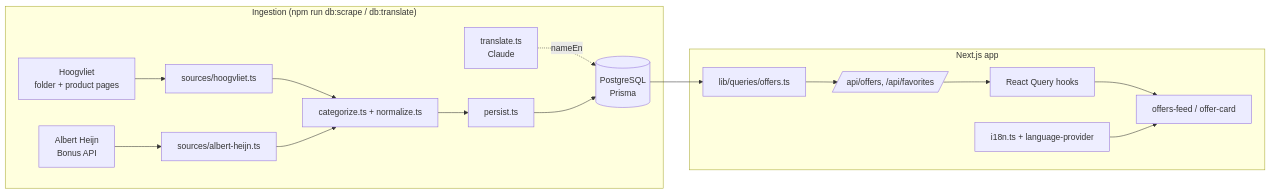
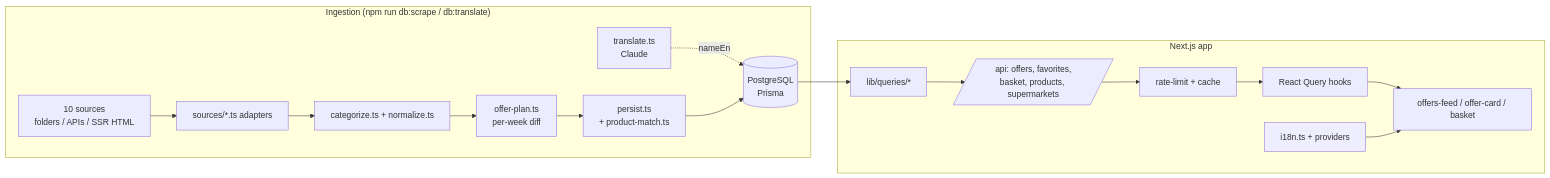
One commit to milskuh/Bonusfinder changed the diagram in PROJECT.md. Above: the diagram before and after it, drawn with Mermaid. The commit also changed other lines of this file and 13 other files, not shown here.

````diff
--- a/PROJECT.md
+++ b/PROJECT.md
@@ -91,20 +108,20 @@
 ```mermaid
 flowchart LR
   subgraph Ingestion["Ingestion (npm run db:scrape / db:translate)"]
-    HV[Hoogvliet\nfolder + product pages] --> ADP1[sources/hoogvliet.ts]
-    AH[Albert Heijn\nBonus API] --> ADP2[sources/albert-heijn.ts]
-    ADP1 --> NORM[categorize.ts + normalize.ts]
-    ADP2 --> NORM
-    NORM --> PERSIST[persist.ts]
+    SRC[10 sources\nfolders / APIs / SSR HTML] --> ADP[sources/*.ts adapters]
+    ADP --> NORM[categorize.ts + normalize.ts]
+    NORM --> PLAN[offer-plan.ts\nper-week diff]
+    PLAN --> PERSIST[persist.ts\n+ product-match.ts]
     TR[translate.ts\nClaude] -.nameEn.-> DB
   end
   PERSIST --> DB[(PostgreSQL\nPrisma)]
   subgraph Web["Next.js app"]
-    DB --> Q[lib/queries/offers.ts]
-    Q --> API[/api/offers, /api/favorites/]
-    API --> HOOKS[React Query hooks]
-    HOOKS --> UI[offers-feed / offer-card]
-    I18N[i18n.ts + language-provider]:::client --> UI
+    DB --> Q[lib/queries/*]
+    Q --> API[/api: offers, favorites,\nbasket, products, supermarkets/]
+    API --> LIM[rate-limit + cache]
+    LIM --> HOOKS[React Query hooks]
+    HOOKS --> UI[offers-feed / offer-card / basket]
+    I18N[i18n.ts + providers]:::client --> UI
   end
   classDef client fill:#eef;
 ```
````
